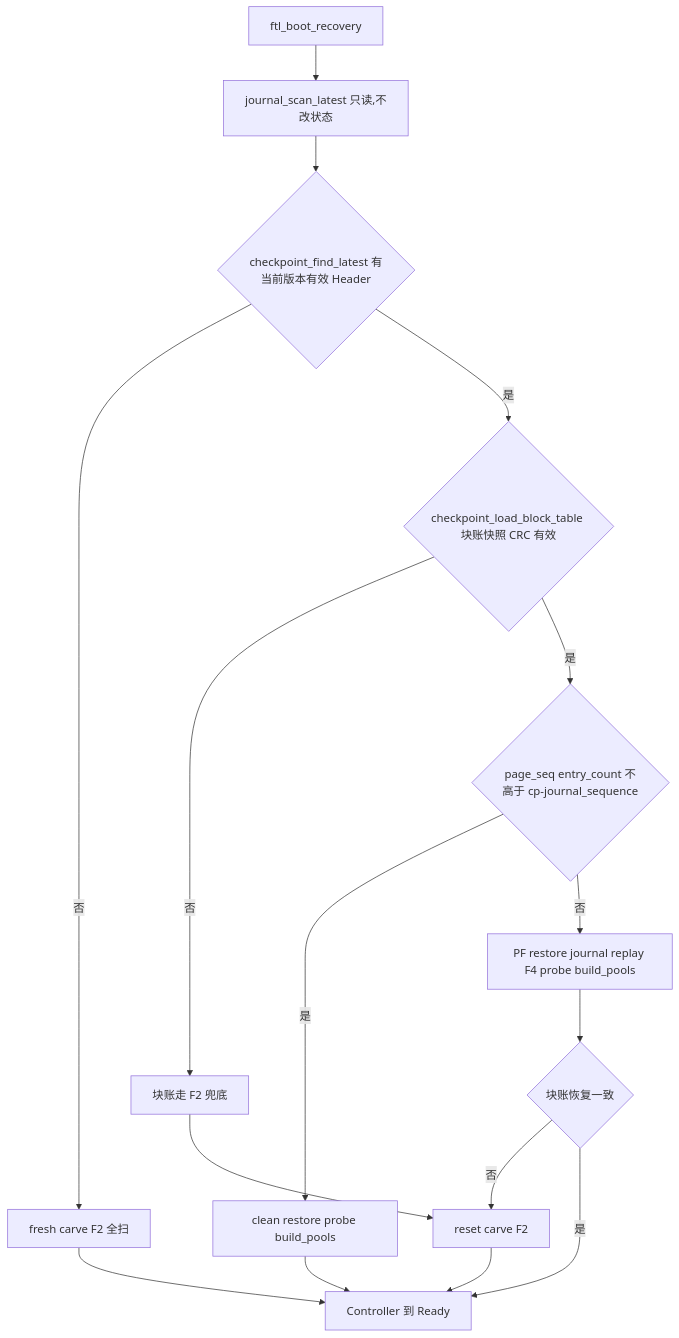
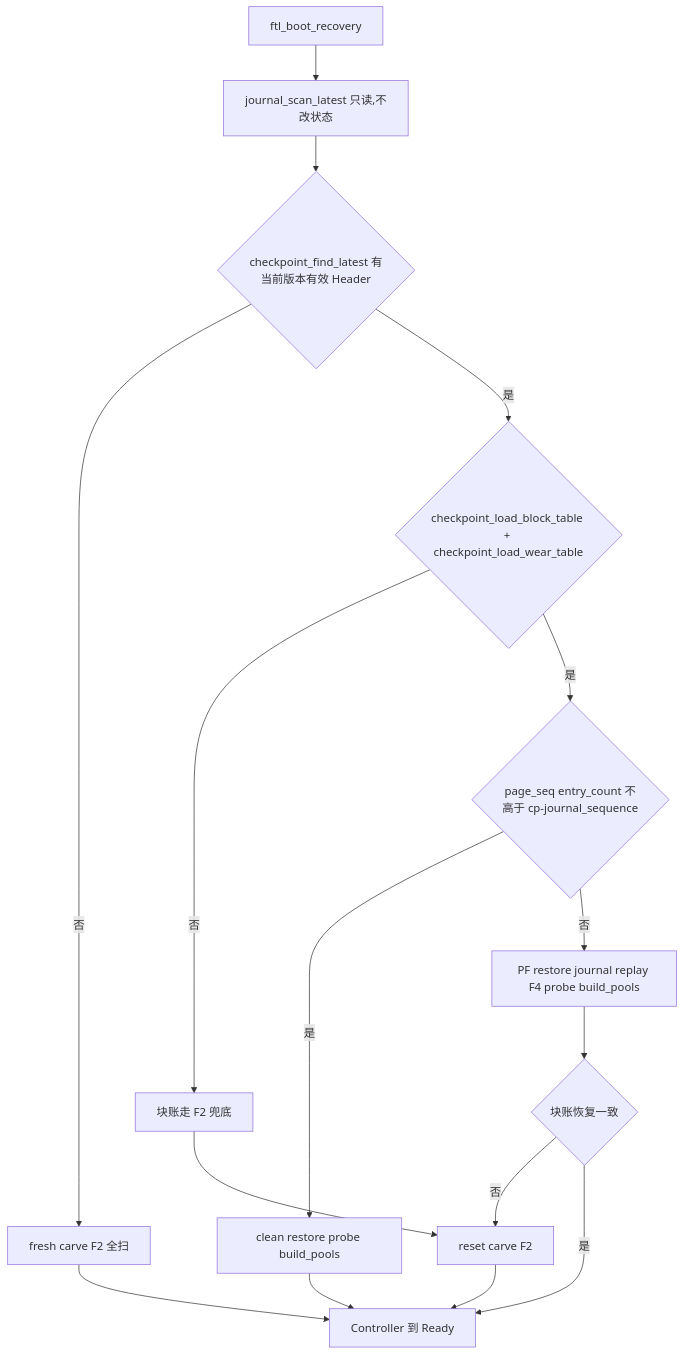
The sixth of 32 diagrams in docs/design/ftl_design.md (YzYMIAO/BASESSD), drawn with Mermaid before and after one commit. The commit also changed other lines of this file and 26 other files, not shown here.

First line of the commit message:
feat(ftl): 磨损计数并入 Checkpoint，删除独立 Wear 块

````diff
--- a/docs/design/ftl_design.md
+++ b/docs/design/ftl_design.md
@@ -982,18 +990,18 @@
 ```mermaid
 flowchart TD
     BOOT["ftl_boot_recovery"] --> LATEST["journal_scan_latest 只读,不改状态"]
     LATEST --> FIND{"checkpoint_find_latest 有当前版本有效 Header"}
     FIND -- "否" --> FRESH["fresh carve F2 全扫"]
-    FIND -- "是" --> LOAD{"checkpoint_load_block_table 块账快照 CRC 有效"}
+    FIND -- "是" --> LOAD{"checkpoint_load_block_table + checkpoint_load_wear_table"}
     LOAD -- "否" --> PFALL["块账走 F2 兜底"]
     LOAD -- "是" --> JUDGE{"page_seq entry_count 不高于 cp-journal_sequence"}
     JUDGE -- "是" --> CLEAN["clean restore probe build_pools"]
     JUDGE -- "否" --> PF["PF restore journal replay F4 probe build_pools"]
     PFALL --> F2["reset carve F2"]
     PF --> PFOk{"块账恢复一致"}
     PFOk -- "否" --> F2
     PFOk -- "是" --> READY["Controller 到 Ready"]
     CLEAN --> READY
     FRESH --> READY
     F2 --> READY
 ```
````
